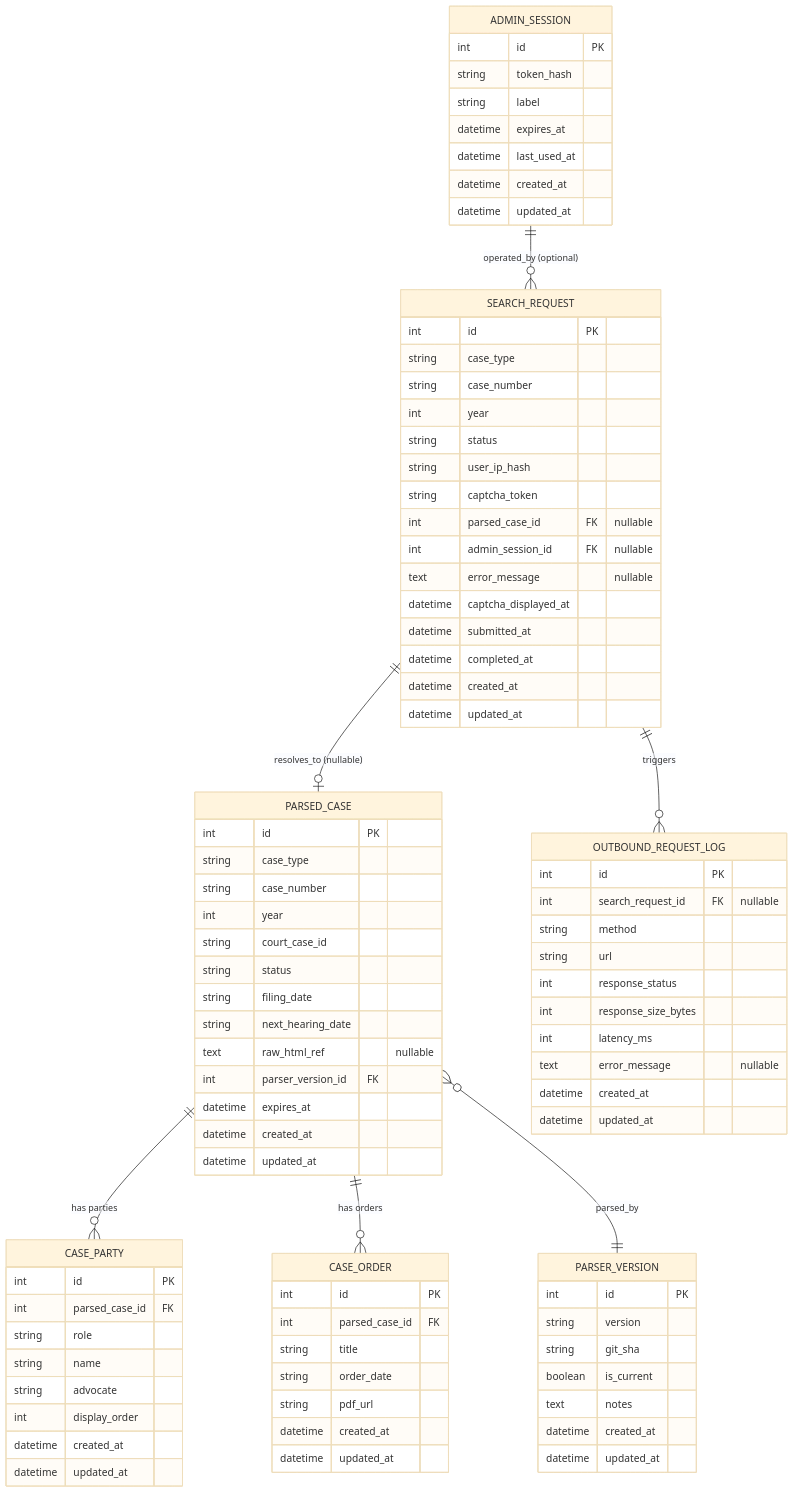
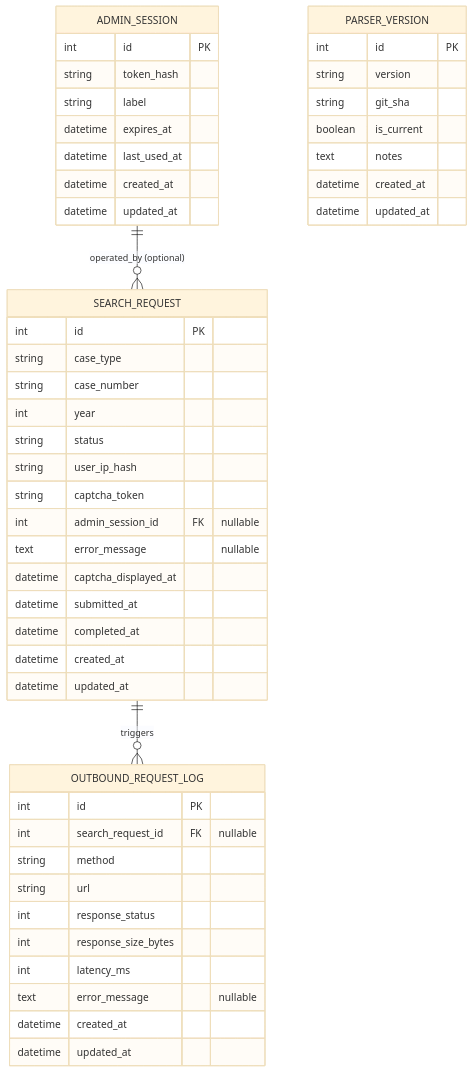
The diagram in docs/architecture/DATA-MODEL.md (aditya2529/AI-Delhi-High-Court), drawn with Mermaid (base theme) before and after one commit. The commit also changed other lines of this file and 34 other files, not shown here.

````diff
--- a/docs/architecture/DATA-MODEL.md
+++ b/docs/architecture/DATA-MODEL.md
@@ -49,10 +62,6 @@
 ```mermaid
 erDiagram
-    SEARCH_REQUEST ||--o| PARSED_CASE : "resolves_to (nullable)"
     SEARCH_REQUEST ||--o{ OUTBOUND_REQUEST_LOG : "triggers"
-    PARSED_CASE ||--o{ CASE_PARTY : "has parties"
-    PARSED_CASE ||--o{ CASE_ORDER : "has orders"
-    PARSED_CASE }o--|| PARSER_VERSION : "parsed_by"
     ADMIN_SESSION ||--o{ SEARCH_REQUEST : "operated_by (optional)"
 
     SEARCH_REQUEST {
@@ -63,49 +72,11 @@
         string status
         string user_ip_hash
         string captcha_token
-        int parsed_case_id FK "nullable"
         int admin_session_id FK "nullable"
         text error_message "nullable"
         datetime captcha_displayed_at
         datetime submitted_at
         datetime completed_at
-        datetime created_at
-        datetime updated_at
-    }
-
-    PARSED_CASE {
-        int id PK
-        string case_type
-        string case_number
-        int year
-        string court_case_id
-        string status
-        string filing_date
-        string next_hearing_date
-        text raw_html_ref "nullable"
-        int parser_version_id FK
-        datetime expires_at
-        datetime created_at
-        datetime updated_at
-    }
-
-    CASE_PARTY {
-        int id PK
-        int parsed_case_id FK
-        string role
-        string name
-        string advocate
-        int display_order
-        datetime created_at
-        datetime updated_at
-    }
-
-    CASE_ORDER {
-        int id PK
-        int parsed_case_id FK
-        string title
-        string order_date
-        string pdf_url
         datetime created_at
         datetime updated_at
     }
````
